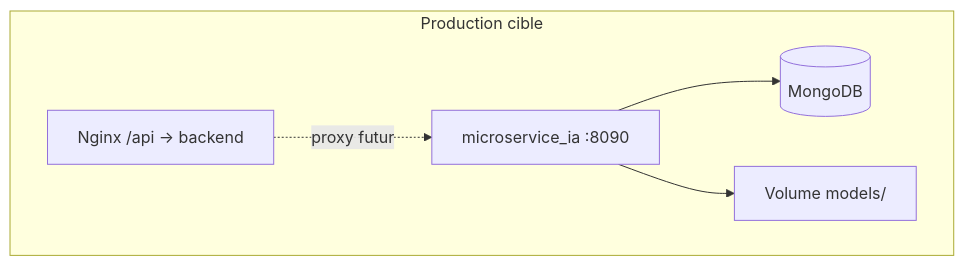
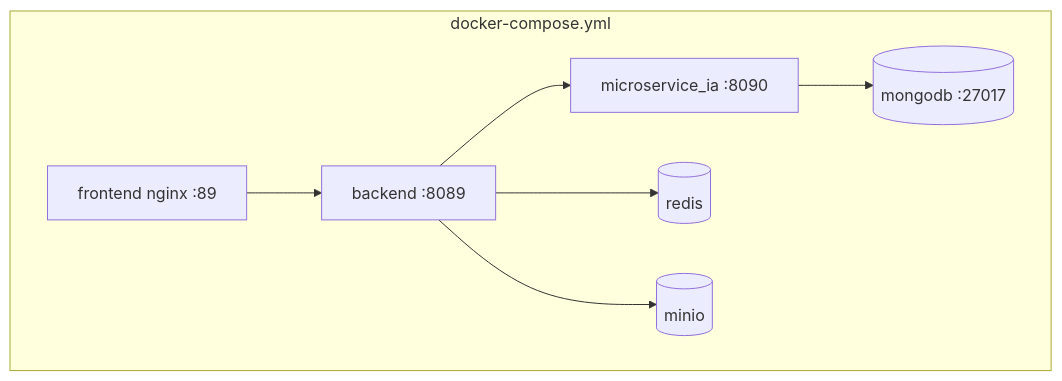
One commit to benoitCollado/HEALTHAIMSRP changed diagram 16 of 16 in microservice_ia/docs/DOCUMENTATION_TECHNIQUE.md. Above: the diagram before and after it, drawn with Mermaid. The commit also changed other lines of this file and 12 other files, not shown here.

Commit message:
ajout mongodb et modification deploy cicd et docker compose

````diff
--- a/microservice_ia/docs/DOCUMENTATION_TECHNIQUE.md
+++ b/microservice_ia/docs/DOCUMENTATION_TECHNIQUE.md
@@ -1057,13 +1089,17 @@
 ```mermaid
 flowchart TB
-    subgraph prod [Production cible]
-        NGINX[Nginx /api → backend]
+    subgraph compose [docker-compose.yml]
+        NGINX[frontend nginx :89]
+        BE[backend :8089]
         MS[microservice_ia :8090]
-        MONGO[(MongoDB)]
-        PKL[Volume models/]
+        MONGO[(mongodb :27017)]
+        REDIS[(redis)]
+        MINIO[(minio)]
     end
 
-    NGINX -. proxy futur .-> MS
+    NGINX --> BE
+    BE --> MS
     MS --> MONGO
-    MS --> PKL
+    BE --> REDIS
+    BE --> MINIO
 ```
````
